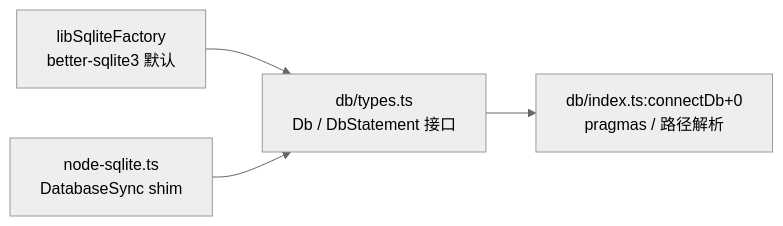
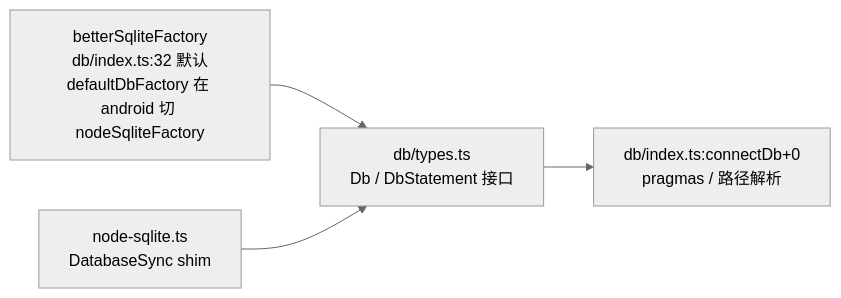
One commit to adrian9778/freellmapi changed the first of 3 diagrams in docs/adrian/sourceReader/07-状态存储与并发.md. Above: the diagram before and after it, drawn with Mermaid (neutral theme). The commit also changed other lines of this file and 18 other files, not shown here.

````diff
--- a/docs/adrian/sourceReader/07-状态存储与并发.md
+++ b/docs/adrian/sourceReader/07-状态存储与并发.md
@@ -9,10 +9,10 @@
 ```mermaid
 flowchart LR
     TYPES[db/types.ts<br/>Db / DbStatement 接口]
-    BS[libSqliteFactory<br/>better-sqlite3 默认]
+    BS[betterSqliteFactory<br/>db/index.ts:32 默认<br/>defaultDbFactory 在 android 切 nodeSqliteFactory]
     NS[node-sqlite.ts<br/>DatabaseSync shim]
     IDX[db/index.ts:connectDb+0<br/>pragmas / 路径解析]
     BS --> TYPES
     NS --> TYPES
     TYPES --> IDX
 ```
````
